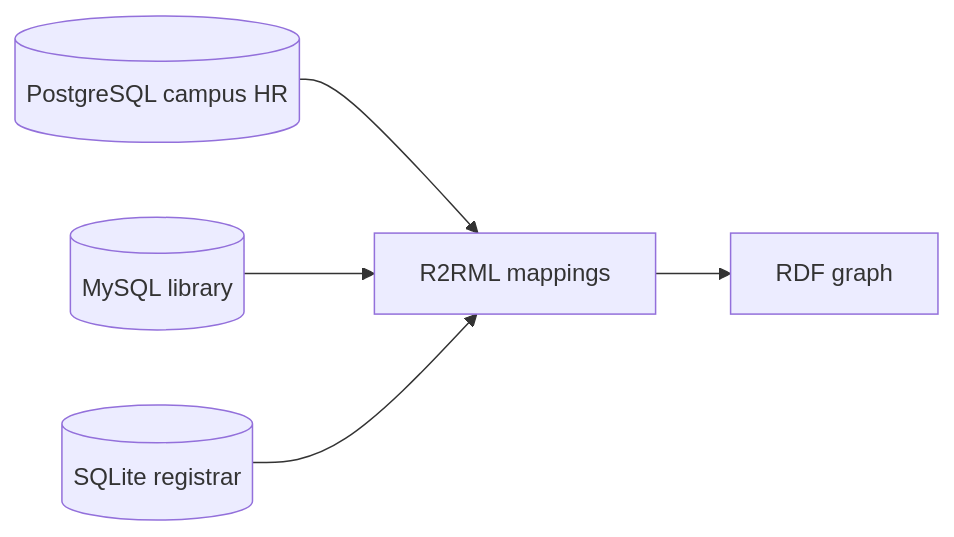
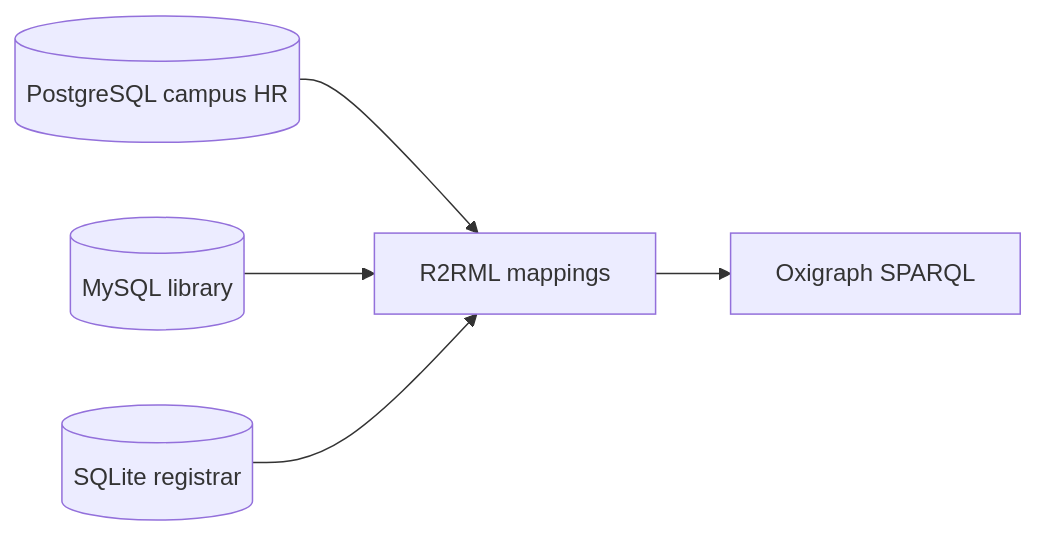
One commit to sadnanalmanir/Rel2KG changed the diagram in README.md. Above: the diagram before and after it, drawn with Mermaid. The commit also changed other lines of this file and 23 other files, not shown here.

First line of the commit message:
Add SPARQL over Oxigraph with competency questions

````diff
--- a/README.md
+++ b/README.md
@@ -43,12 +43,12 @@
 ```mermaid
 flowchart LR
   PG[(PostgreSQL campus HR)]
   MY[(MySQL library)]
   SL[(SQLite registrar)]
   MAP[R2RML mappings]
-  KG[RDF graph]
+  OX[Oxigraph SPARQL]
   PG --> MAP
   MY --> MAP
   SL --> MAP
-  MAP --> KG
+  MAP --> OX
 ```
````
